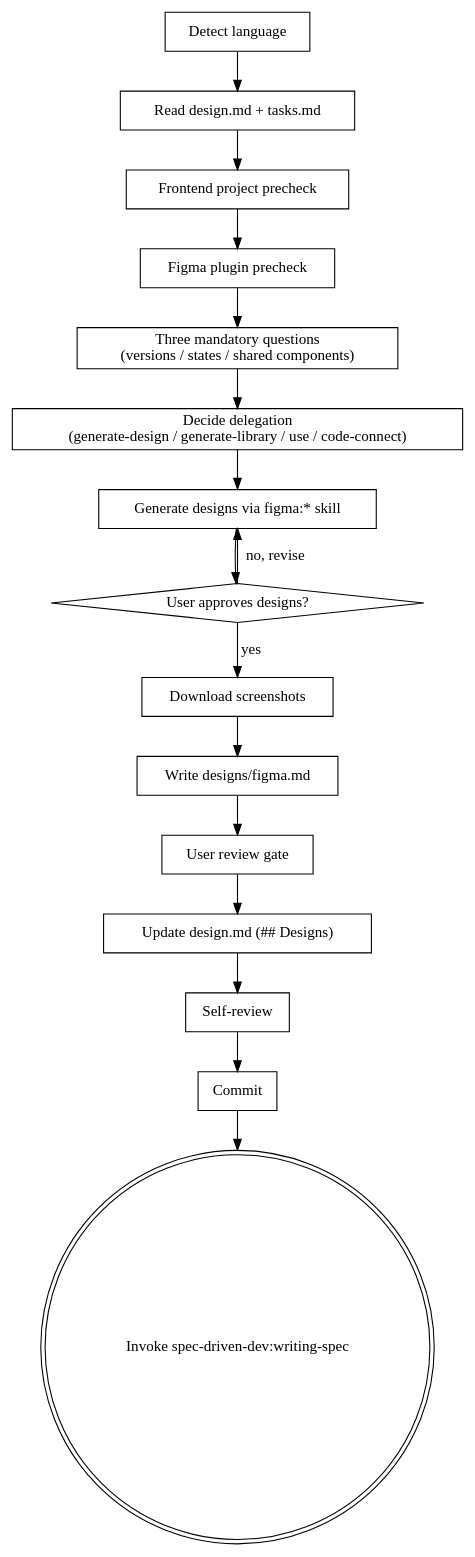
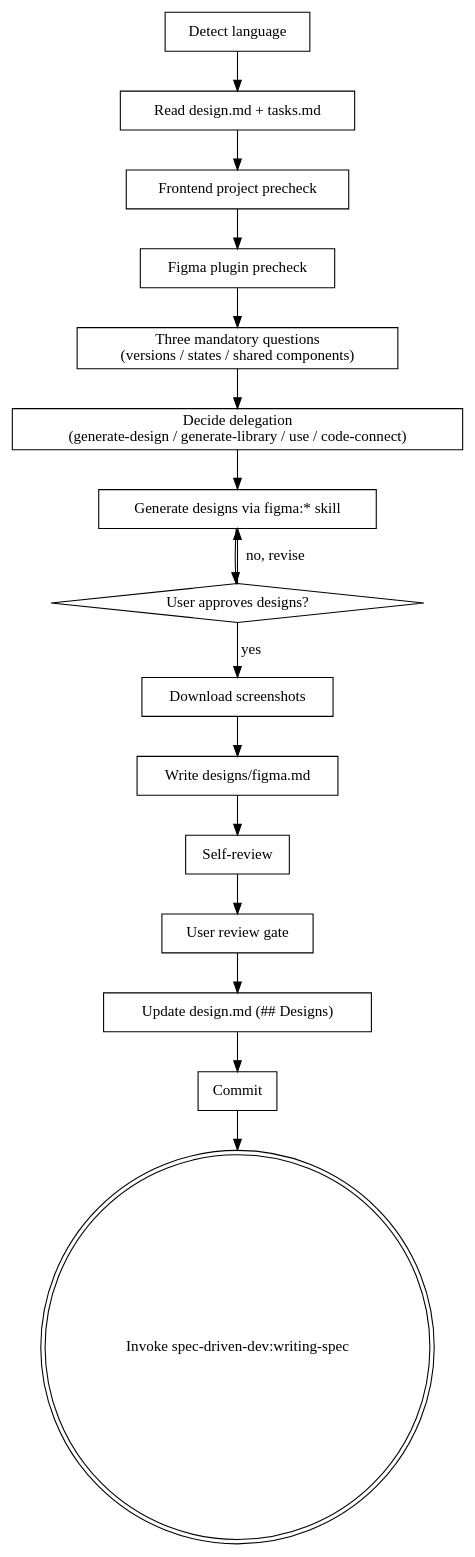
The diagram in plugins/spec-driven-dev/skills/writing-figma/SKILL.md (BIBIOTA/yuki-marketplace), drawn with Graphviz before and after one commit. The commit also changed other lines of this file and 1 other file, not shown here.

Commit message:
fix: align commit ordering and self-review placement across skills

````diff
--- a/plugins/spec-driven-dev/skills/writing-figma/SKILL.md
+++ b/plugins/spec-driven-dev/skills/writing-figma/SKILL.md
@@ -67,37 +67,37 @@
 ```dot
 digraph writing_figma {
     rankdir=TB;
 
     "Detect language" [shape=box];
     "Read design.md + tasks.md" [shape=box];
     "Frontend project precheck" [shape=box];
     "Figma plugin precheck" [shape=box];
     "Three mandatory questions\n(versions / states / shared components)" [shape=box];
     "Decide delegation\n(generate-design / generate-library / use / code-connect)" [shape=box];
     "Generate designs via figma:* skill" [shape=box];
     "User approves designs?" [shape=diamond];
     "Download screenshots" [shape=box];
     "Write designs/figma.md" [shape=box];
     "User review gate" [shape=box];
     "Update design.md (## Designs)" [shape=box];
     "Self-review" [shape=box];
     "Commit" [shape=box];
     "Invoke spec-driven-dev:writing-spec" [shape=doublecircle];
 
     "Detect language" -> "Read design.md + tasks.md";
     "Read design.md + tasks.md" -> "Frontend project precheck";
     "Frontend project precheck" -> "Figma plugin precheck";
     "Figma plugin precheck" -> "Three mandatory questions\n(versions / states / shared components)";
     "Three mandatory questions\n(versions / states / shared components)" -> "Decide delegation\n(generate-design / generate-library / use / code-connect)";
     "Decide delegation\n(generate-design / generate-library / use / code-connect)" -> "Generate designs via figma:* skill";
     "Generate designs via figma:* skill" -> "User approves designs?";
     "User approves designs?" -> "Generate designs via figma:* skill" [label="no, revise"];
     "User approves designs?" -> "Download screenshots" [label="yes"];
     "Download screenshots" -> "Write designs/figma.md";
-    "Write designs/figma.md" -> "User review gate";
+    "Write designs/figma.md" -> "Self-review";
+    "Self-review" -> "User review gate";
     "User review gate" -> "Update design.md (## Designs)";
-    "Update design.md (## Designs)" -> "Self-review";
-    "Self-review" -> "Commit";
+    "Update design.md (## Designs)" -> "Commit";
     "Commit" -> "Invoke spec-driven-dev:writing-spec";
 }
 ```
````
